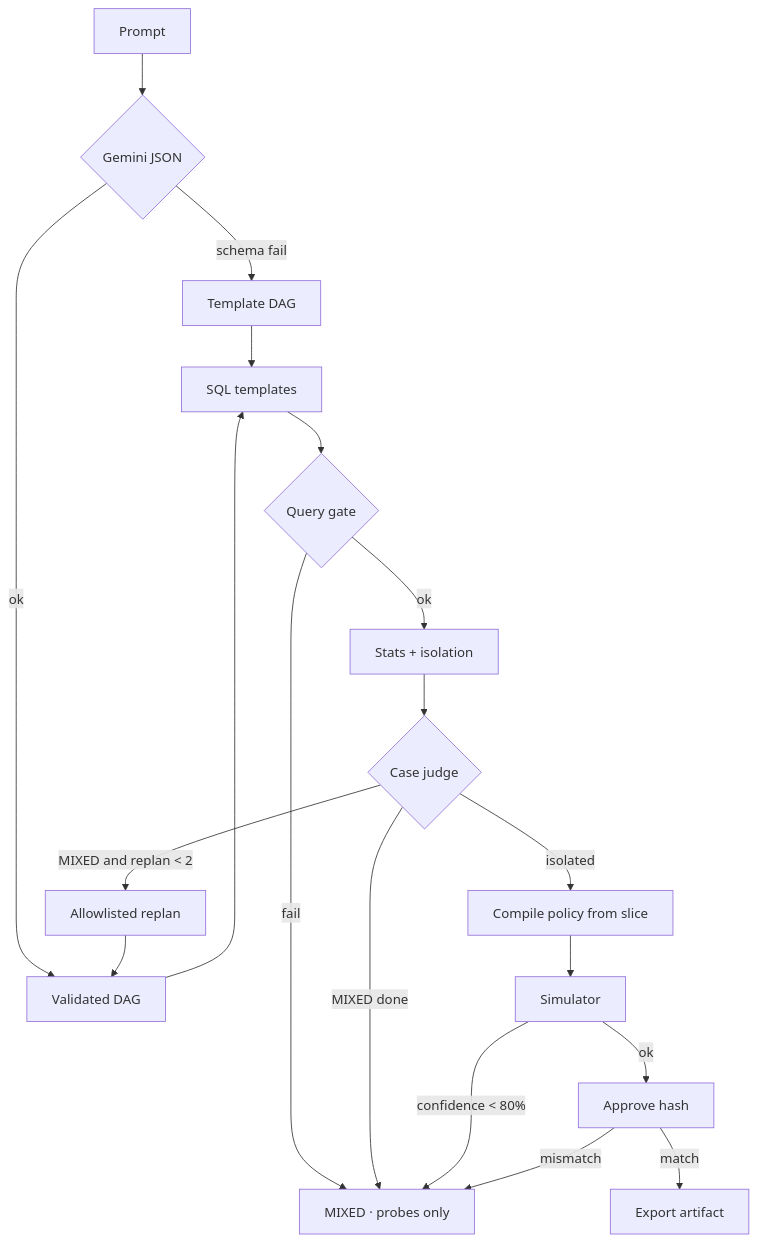
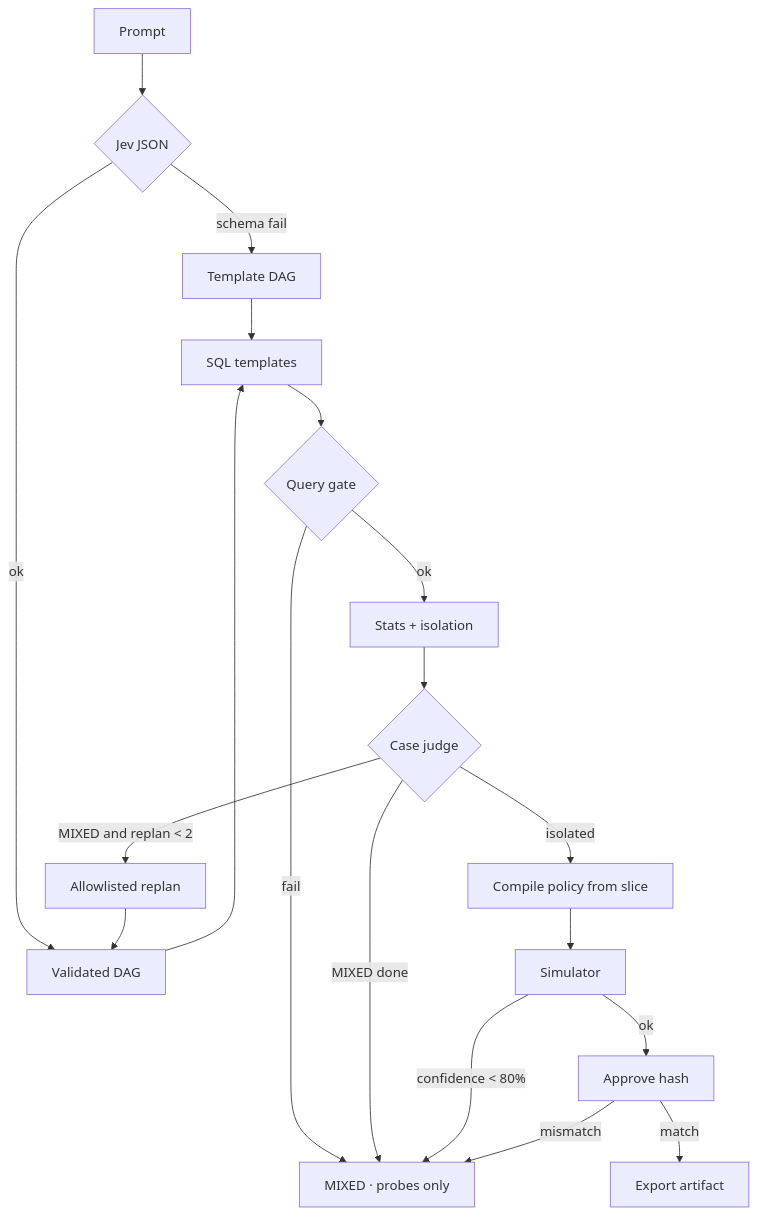
Before and after one commit to mayukhg/incident-insight: the fourth of 4 diagrams in docs/llm_usage.md, drawn with Mermaid. The commit also changed other lines of this file and 4 other files, not shown here.

First line of the commit message:
Replace Gemini with TypeSafe AI Jev model via OpenRouter

````diff
--- a/docs/llm_usage.md
+++ b/docs/llm_usage.md
@@ -127,21 +129,21 @@
 ```mermaid
 flowchart TD
-  P[Prompt] --> G{Gemini JSON}
+  P[Prompt] --> G{Jev JSON}
   G -->|schema fail| T[Template DAG]
   G -->|ok| D[Validated DAG]
   T --> X[SQL templates]
   D --> X
   X --> GATE{Query gate}
   GATE -->|fail| M[MIXED · probes only]
   GATE -->|ok| S[Stats + isolation]
   S --> J{Case judge}
   J -->|MIXED and replan &lt; 2| R[Allowlisted replan]
   R --> D
   J -->|MIXED done| M
   J -->|isolated| POL[Compile policy from slice]
   POL --> SIM[Simulator]
   SIM -->|confidence &lt; 80%| M
   SIM -->|ok| HUM[Approve hash]
   HUM -->|mismatch| M
   HUM -->|match| EXP[Export artifact]
 ```
````
